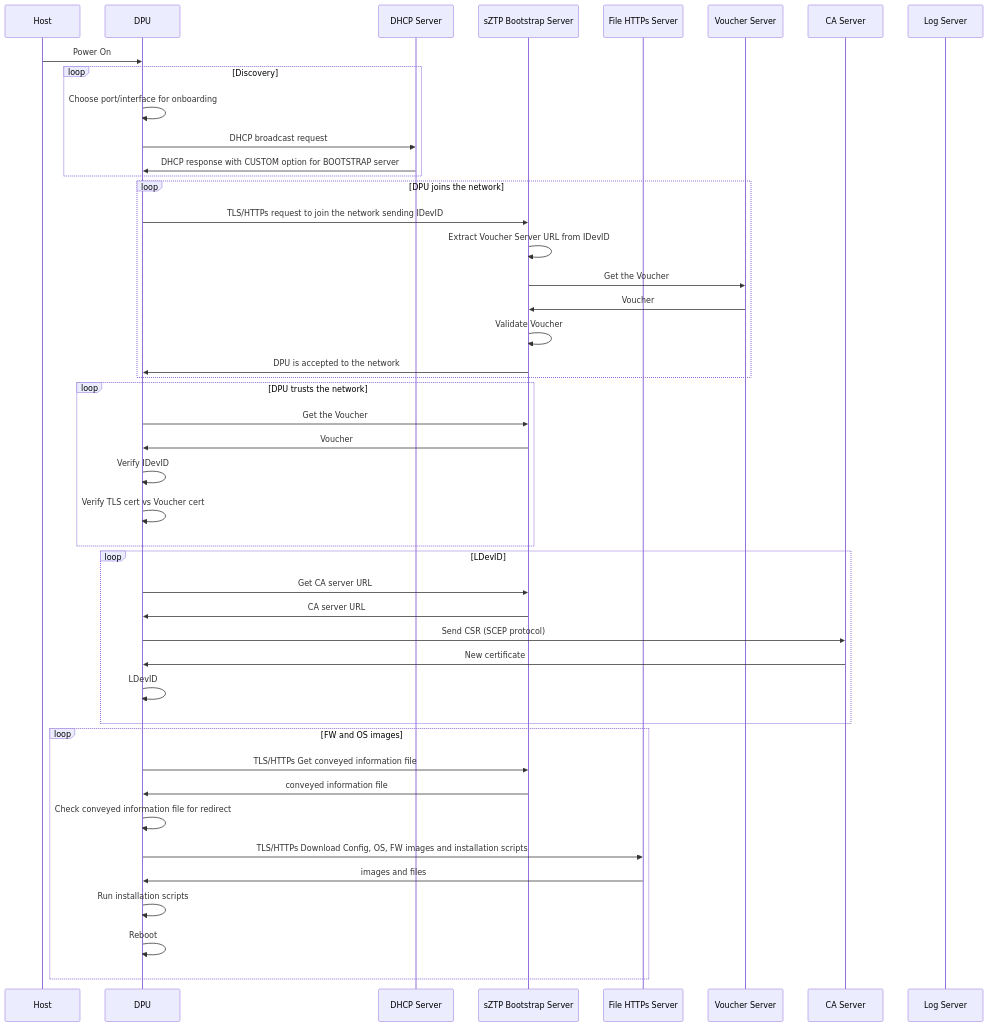
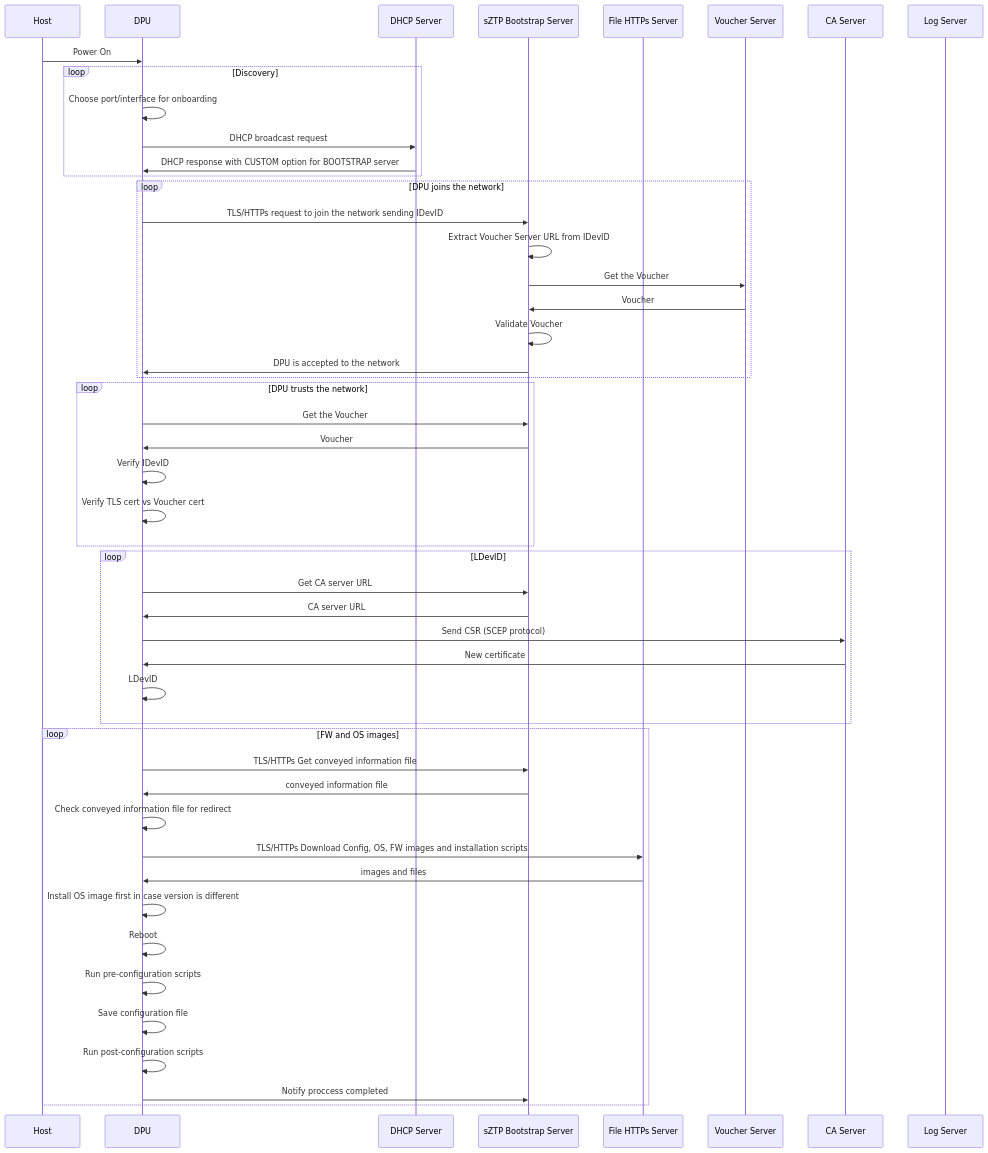
One commit to opiproject/sztp changed the second of 2 diagrams in ZTP.md. Above: the diagram before and after it, drawn with Mermaid.

````diff
--- a/ZTP.md
+++ b/ZTP.md
@@ -115,48 +115,52 @@
 ```mermaid
 sequenceDiagram
     participant Host
     participant DPU
     participant DHCP as DHCP Server
     participant SZTP as sZTP Bootstrap Server
     participant HTTP as File HTTPs Server
     participant Voucher as Voucher Server
     participant CA as CA Server
     participant LOG as Log Server
     Host->>DPU: Power On
     loop Discovery
        DPU->>DPU: Choose port/interface for onboarding
        DPU->>DHCP: DHCP broadcast request
        DHCP->>DPU: DHCP response with CUSTOM option for BOOTSTRAP server
     end
     loop DPU joins the network
        DPU->>SZTP: TLS/HTTPs request to join the network sending IDevID
        SZTP->>SZTP: Extract Voucher Server URL from IDevID
        SZTP->>Voucher: Get the Voucher
        Voucher->>SZTP: Voucher
        SZTP->>SZTP: Validate Voucher
        SZTP->>DPU: DPU is accepted to the network
     end
     loop DPU trusts the network
        DPU->>SZTP: Get the Voucher
        SZTP->>DPU: Voucher
        DPU->>DPU: Verify IDevID
        DPU->>DPU: Verify TLS cert vs Voucher cert
     end
     loop LDevID
        DPU->>SZTP: Get CA server URL
        SZTP->>DPU: CA server URL
        DPU->>CA: Send CSR (SCEP protocol)
        CA->>DPU: New certificate
        DPU->>DPU: LDevID
     end
     loop FW and OS images
        DPU->>SZTP: TLS/HTTPs Get conveyed information file
        SZTP->>DPU: conveyed information file
        DPU->>DPU: Check conveyed information file for redirect
        DPU->>HTTP: TLS/HTTPs Download Config, OS, FW images and installation scripts
        HTTP->>DPU: images and files
-       DPU->>DPU: Run installation scripts
+       DPU->>DPU: Install OS image first in case version is different
        DPU->>DPU: Reboot
+       DPU->>DPU: Run pre-configuration scripts
+       DPU->>DPU: Save configuration file
+       DPU->>DPU: Run post-configuration scripts
+       DPU->>SZTP: Notify proccess completed
     end
     
 ```
````
